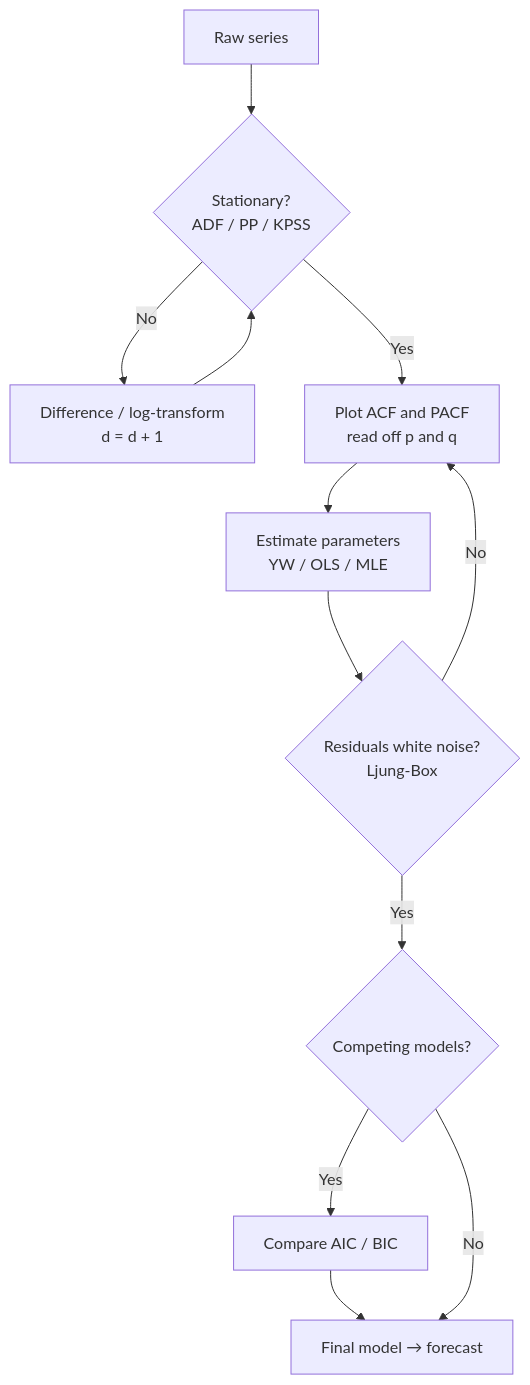
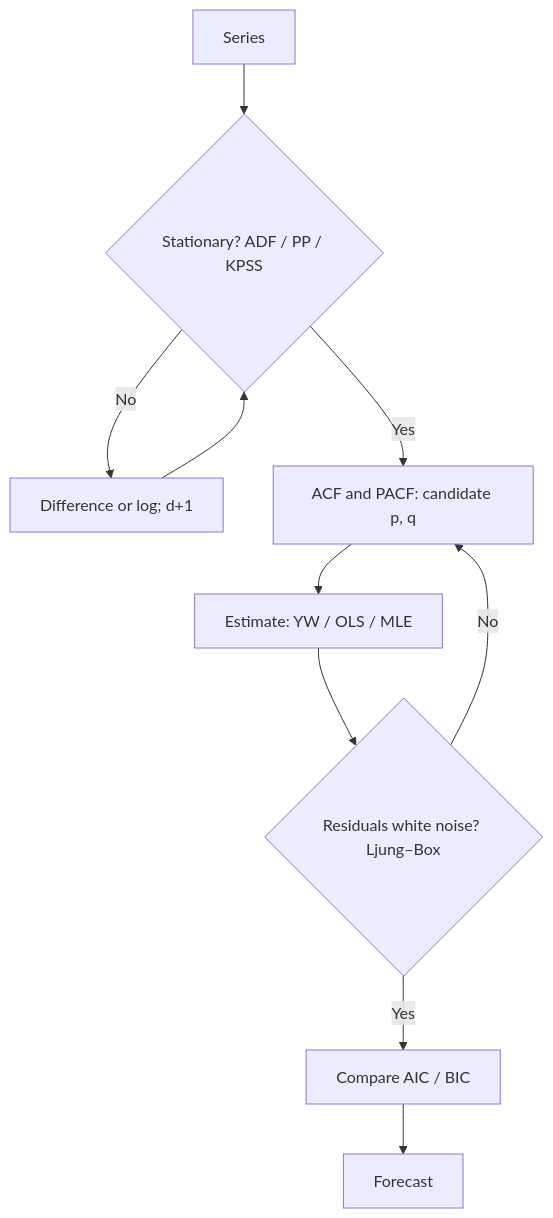
One commit to YN2TB/DS-Dex changed the diagram in Time-series Analysis/contents/05 - ACF, PACF and the Box-Jenkins Methodology.md. Above: the diagram before and after it, drawn with Mermaid. The commit also changed other lines of this file and 77 other files, not shown here.

````diff
--- a/Time-series Analysis/contents/05 - ACF, PACF and the Box-Jenkins Methodology.md
+++ b/Time-series Analysis/contents/05 - ACF, PACF and the Box-Jenkins Methodology.md
@@ -475,14 +105,10 @@
 ```mermaid
 flowchart TD
-    A[Raw series] --> B{Stationary?<br/>ADF / PP / KPSS}
-    B -- No --> C[Difference / log-transform<br/>d = d + 1]
-    C --> B
-    B -- Yes --> D[Plot ACF and PACF<br/>read off p and q]
-    D --> E[Estimate parameters<br/>YW / OLS / MLE]
-    E --> F{Residuals white noise?<br/>Ljung-Box}
+    A[Series] --> B{Stationary? ADF / PP / KPSS}
+    B -- No --> C[Difference or log; d+1] --> B
+    B -- Yes --> D[ACF and PACF: candidate p, q]
+    D --> E[Estimate: YW / OLS / MLE]
+    E --> F{Residuals white noise? Ljung–Box}
     F -- No --> D
-    F -- Yes --> G{Competing models?}
-    G -- Yes --> H[Compare AIC / BIC]
-    H --> I[Final model → forecast]
-    G -- No --> I
+    F -- Yes --> G[Compare AIC / BIC] --> H[Forecast]
 ```
````
